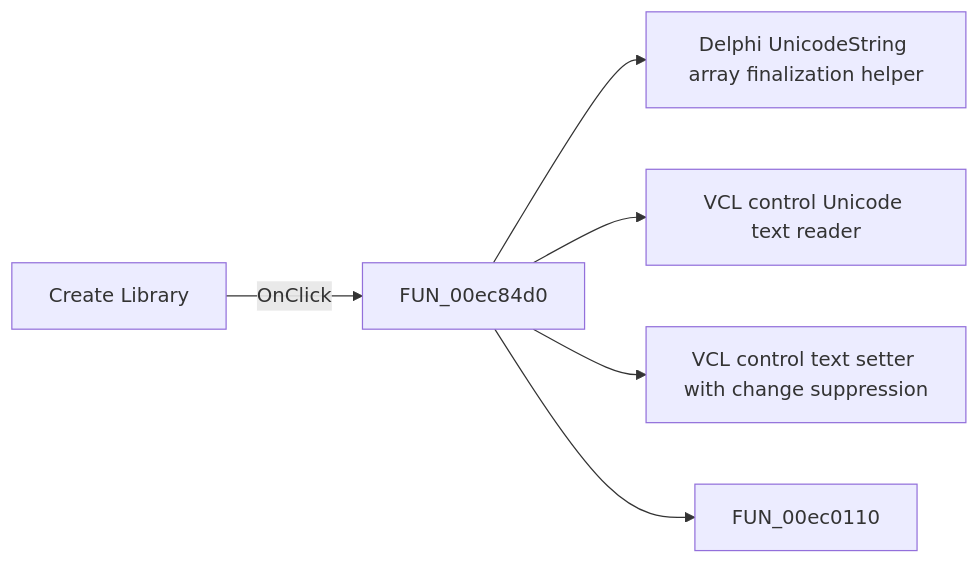
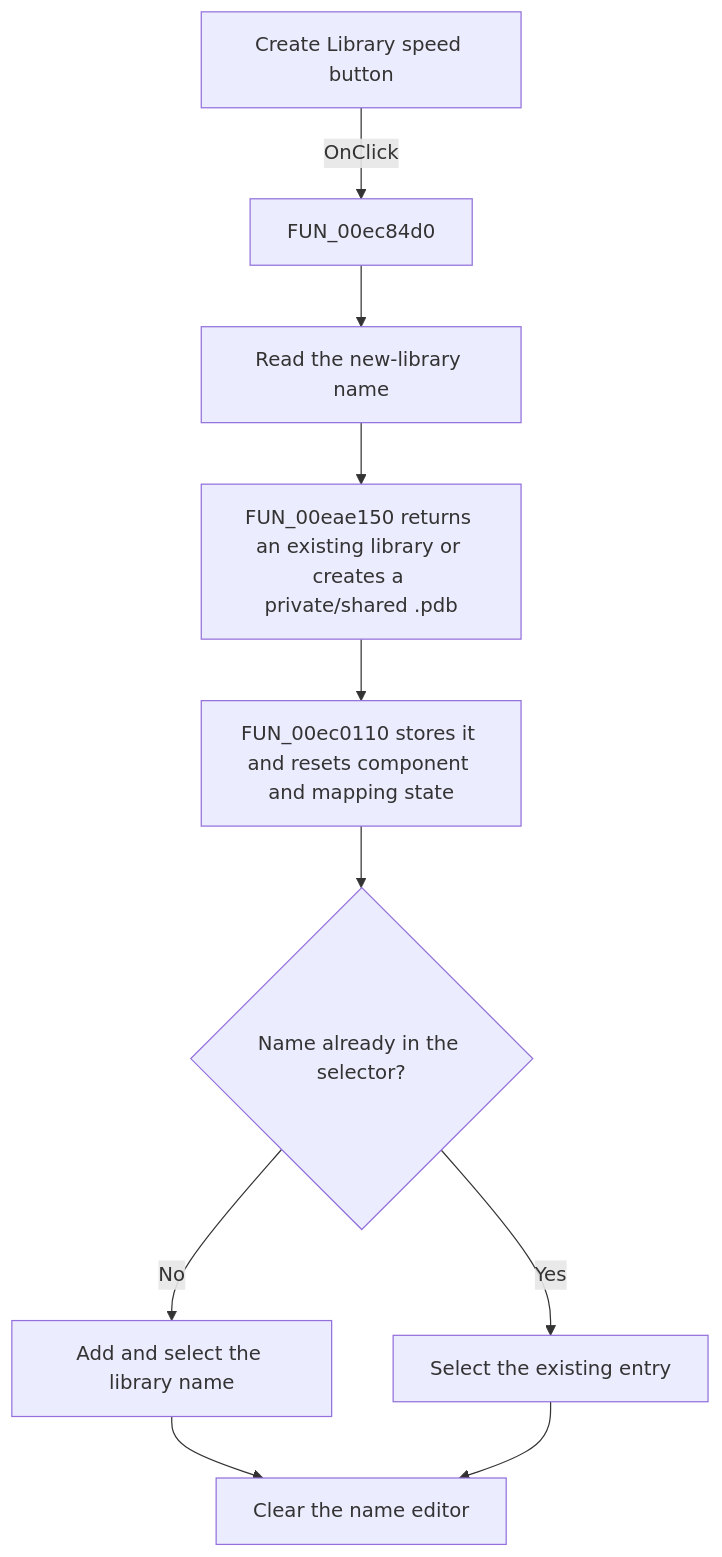
The diagram in docs/ui-controls/pcbform4/sbtncreatelibrary-640f694660.md (MovGP0/TIARA), drawn with Mermaid before and after one commit. The commit also changed other lines of this file and 1062 other files, not shown here.

````diff
--- a/docs/ui-controls/pcbform4/sbtncreatelibrary-640f694660.md
+++ b/docs/ui-controls/pcbform4/sbtncreatelibrary-640f694660.md
@@ -27,8 +31,12 @@
 ```mermaid
-flowchart LR
-    control["Create Library"] -->|OnClick| handler["FUN_00ec84d0"]
-    handler --> call1["Delphi UnicodeString array finalization helper"]
-    handler --> call2["VCL control Unicode text reader"]
-    handler --> call3["VCL control text setter with change suppression"]
-    handler --> call4["FUN_00ec0110"]
+flowchart TD
+    control["Create Library speed button"] -->|OnClick| handler["FUN_00ec84d0"]
+    handler --> text["Read the new-library name"]
+    text --> open["FUN_00eae150 returns an existing library or creates a private/shared .pdb"]
+    open --> reset["FUN_00ec0110 stores it and resets component and mapping state"]
+    reset --> listed{"Name already in the selector?"}
+    listed -->|No| add["Add and select the library name"]
+    listed -->|Yes| select["Select the existing entry"]
+    add --> clear["Clear the name editor"]
+    select --> clear
 ```
````
